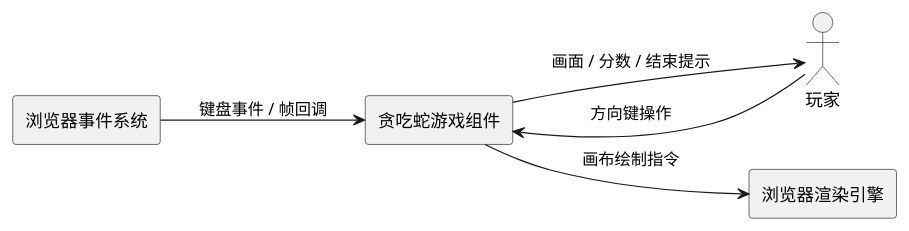
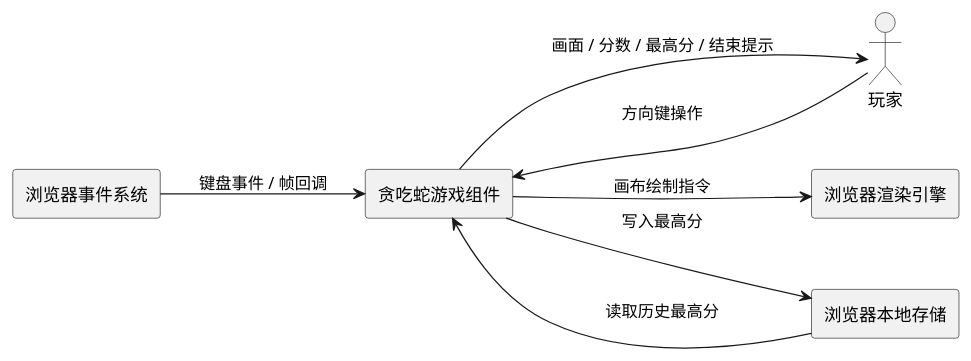
Before and after one commit to coder-w-t/-: the first of 8 diagrams in spec.md, drawn with PlantUML. The commit also changed other lines of this file, not shown here.

````diff
--- a/spec.md
+++ b/spec.md
@@ -54,15 +69,18 @@
 ```plantuml
 @startuml
 left to right direction
 actor "玩家" as Player
 rectangle "贪吃蛇游戏组件" as Game {
 }
 rectangle "浏览器渲染引擎" as Renderer
 rectangle "浏览器事件系统" as EventSys
+rectangle "浏览器本地存储" as Storage
 
 Player --> Game : 方向键操作
-Game --> Player : 画面 / 分数 / 结束提示
+Game --> Player : 画面 / 分数 / 最高分 / 结束提示
 EventSys --> Game : 键盘事件 / 帧回调
 Game --> Renderer : 画布绘制指令
+Game --> Storage : 写入最高分
+Storage --> Game : 读取历史最高分
 @enduml
 ```
````
